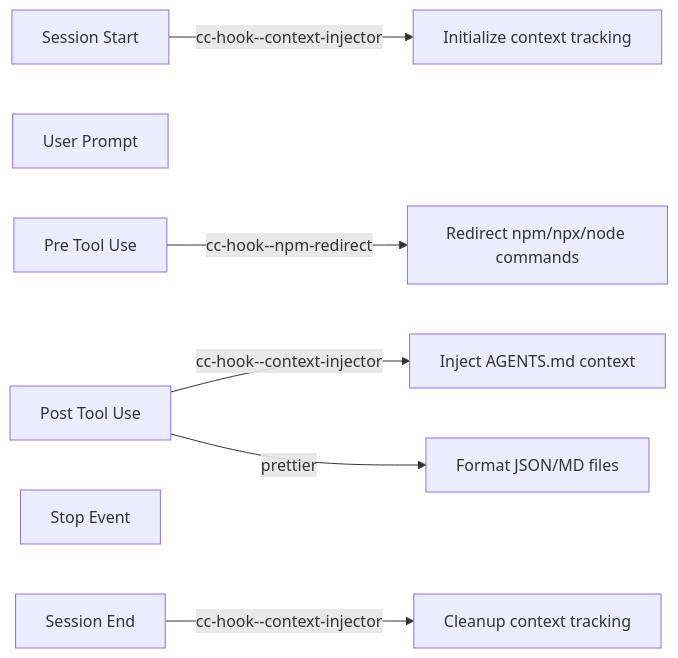
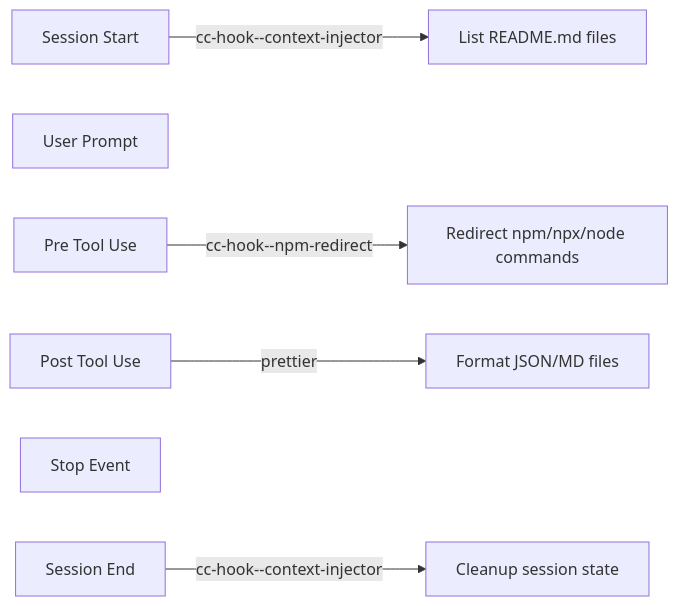
One commit to codethread/PersonalConfigs changed the first of 3 diagrams in claude/README.md. Above: the diagram before and after it, drawn with Mermaid. The commit also changed other lines of this file and 6 other files, not shown here.

````diff
--- a/claude/README.md
+++ b/claude/README.md
@@ -23,10 +18,9 @@
 ```mermaid
 graph LR
-    Start[Session Start] -->|cc-hook--context-injector| Init[Initialize context tracking]
+    Start[Session Start] -->|cc-hook--context-injector| Init[List README.md files]
     UserPrompt[User Prompt]
     PreTool[Pre Tool Use] -->|cc-hook--npm-redirect| NPM[Redirect npm/npx/node commands]
-    PostTool[Post Tool Use] -->|cc-hook--context-injector| Context[Inject AGENTS.md context]
-    PostTool -->|prettier| Format[Format JSON/MD files]
+    PostTool[Post Tool Use] -->|prettier| Format[Format JSON/MD files]
     Stop[Stop Event]
-    End[Session End] -->|cc-hook--context-injector| Cleanup[Cleanup context tracking]
+    End[Session End] -->|cc-hook--context-injector| Cleanup[Cleanup session state]
 ```
````
